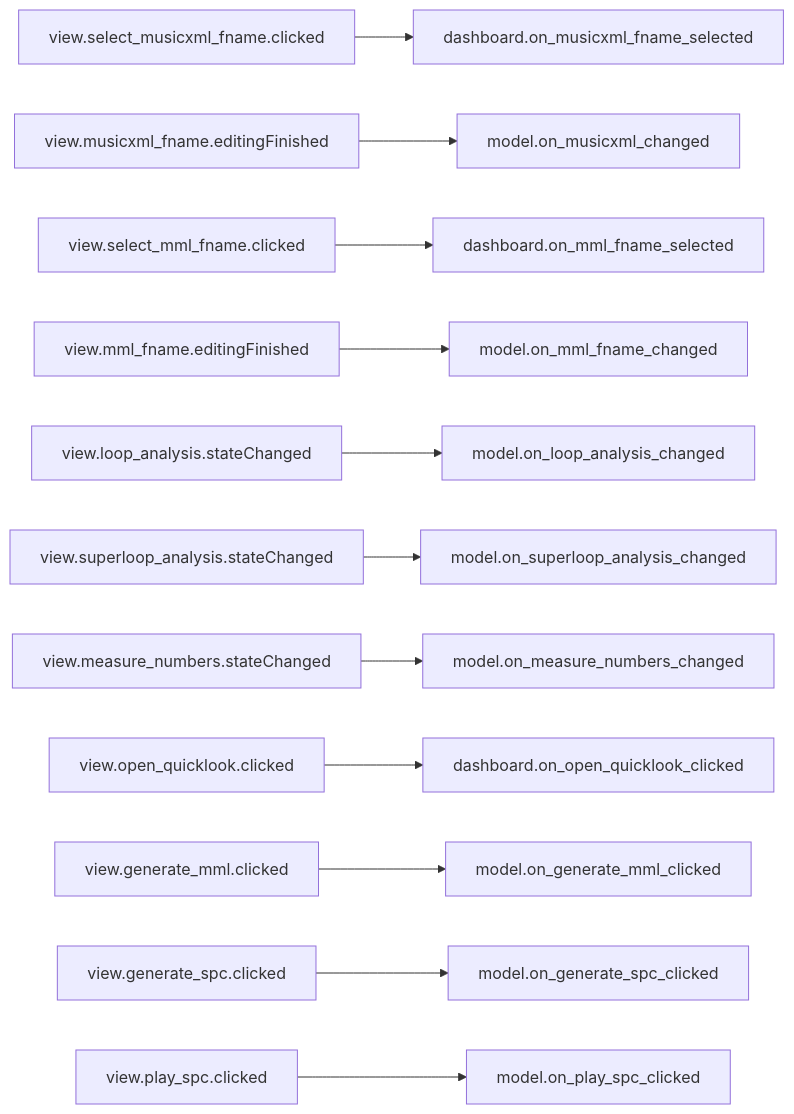
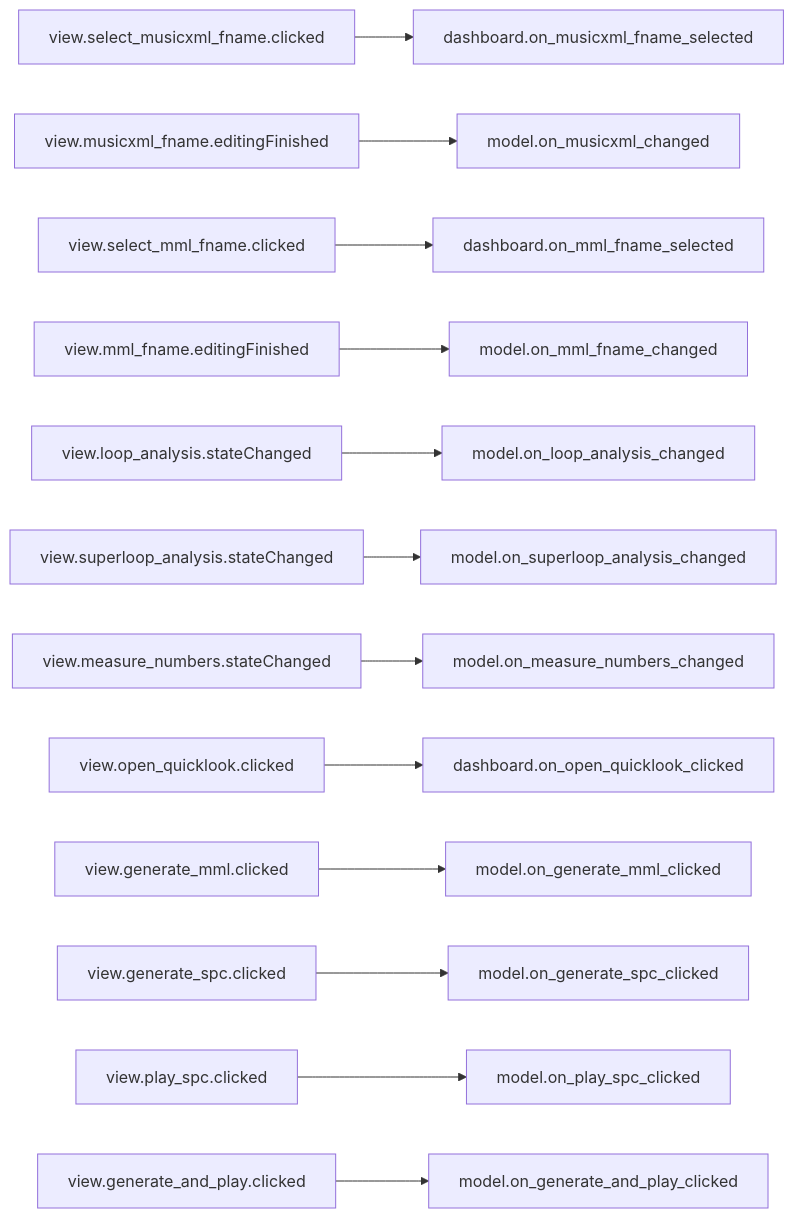
The third of 9 diagrams in doc/source/dashboard_signal_slot_map.rst (com-posers-pit/smw_music), drawn with Mermaid before and after one commit. The commit also changed 4 other files, not shown here.

Commit message:
Add a "generate & play" button

```diff
--- a/doc/source/dashboard_signal_slot_map.rst
+++ b/doc/source/dashboard_signal_slot_map.rst
@@ -51,14 +51,15 @@
 .. mermaid::
 
    flowchart LR
       view.select_musicxml_fname.clicked --> dashboard.on_musicxml_fname_selected
       view.musicxml_fname.editingFinished --> model.on_musicxml_changed
       view.select_mml_fname.clicked --> dashboard.on_mml_fname_selected
       view.mml_fname.editingFinished --> model.on_mml_fname_changed
       view.loop_analysis.stateChanged --> model.on_loop_analysis_changed
       view.superloop_analysis.stateChanged --> model.on_superloop_analysis_changed
       view.measure_numbers.stateChanged --> model.on_measure_numbers_changed
       view.open_quicklook.clicked --> dashboard.on_open_quicklook_clicked
       view.generate_mml.clicked --> model.on_generate_mml_clicked
       view.generate_spc.clicked --> model.on_generate_spc_clicked
       view.play_spc.clicked --> model.on_play_spc_clicked
+      view.generate_and_play.clicked --> model.on_generate_and_play_clicked
```
